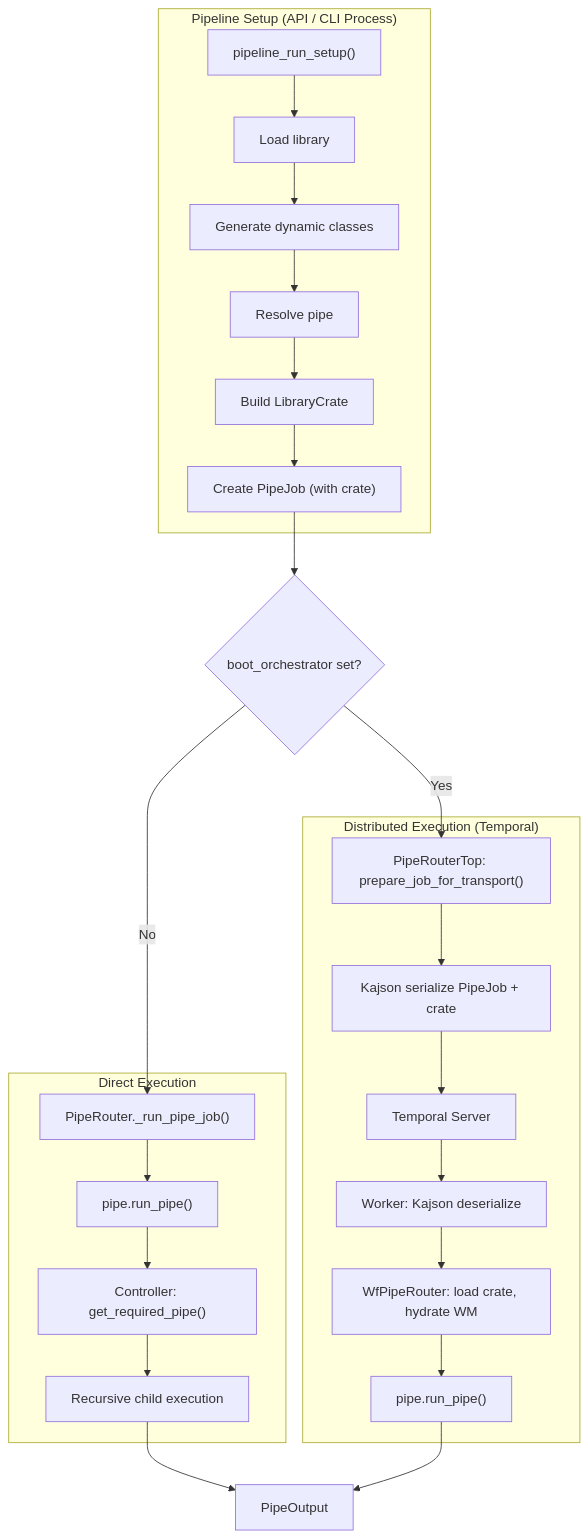
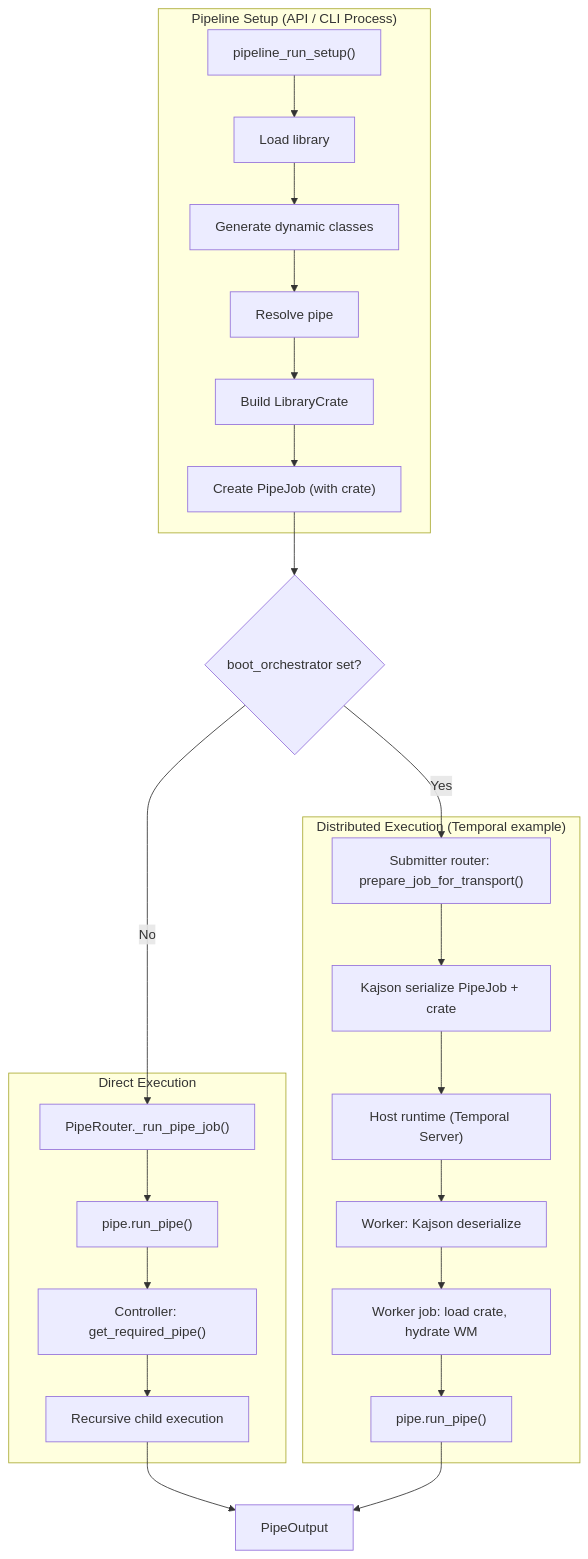
One commit to Pipelex/pipelex changed the second of 2 diagrams in docs/under-the-hood/pipe-routing-and-execution.md. Above: the diagram before and after it, drawn with Mermaid. The commit also changed other lines of this file and 11 other files, not shown here.

First line of the commit message:
feat: Add Runtime Bridge & Transport documentation and remove Temporal Integration

````diff
--- a/docs/under-the-hood/pipe-routing-and-execution.md
+++ b/docs/under-the-hood/pipe-routing-and-execution.md
@@ -289,40 +248,40 @@
 ```mermaid
 flowchart TB
     subgraph Setup["Pipeline Setup (API / CLI Process)"]
         S1["pipeline_run_setup()"]
         S2["Load library"]
         S3["Generate dynamic classes"]
         S4["Resolve pipe"]
         S5["Build LibraryCrate"]
         S6["Create PipeJob (with crate)"]
         S1 --> S2 --> S3 --> S4 --> S5 --> S6
     end
 
     S6 --> Decision{boot_orchestrator set?}
 
     subgraph Direct["Direct Execution"]
         D1["PipeRouter._run_pipe_job()"]
         D2["pipe.run_pipe()"]
         D3["Controller: get_required_pipe()"]
         D4["Recursive child execution"]
         D1 --> D2
         D2 --> D3
         D3 --> D4
     end
 
-    subgraph Distributed["Distributed Execution (Temporal)"]
-        T1["PipeRouterTop: prepare_job_for_transport()"]
+    subgraph Distributed["Distributed Execution (Temporal example)"]
+        T1["Submitter router: prepare_job_for_transport()"]
         T2["Kajson serialize PipeJob + crate"]
-        T3["Temporal Server"]
+        T3["Host runtime (Temporal Server)"]
         T4["Worker: Kajson deserialize"]
-        T5["WfPipeRouter: load crate, hydrate WM"]
+        T5["Worker job: load crate, hydrate WM"]
         T6["pipe.run_pipe()"]
         T1 --> T2 --> T3 --> T4 --> T5 --> T6
     end
 
     Decision -- No --> D1
     Decision -- Yes --> T1
 
     D4 --> Result["PipeOutput"]
     T6 --> Result
 ```
````
